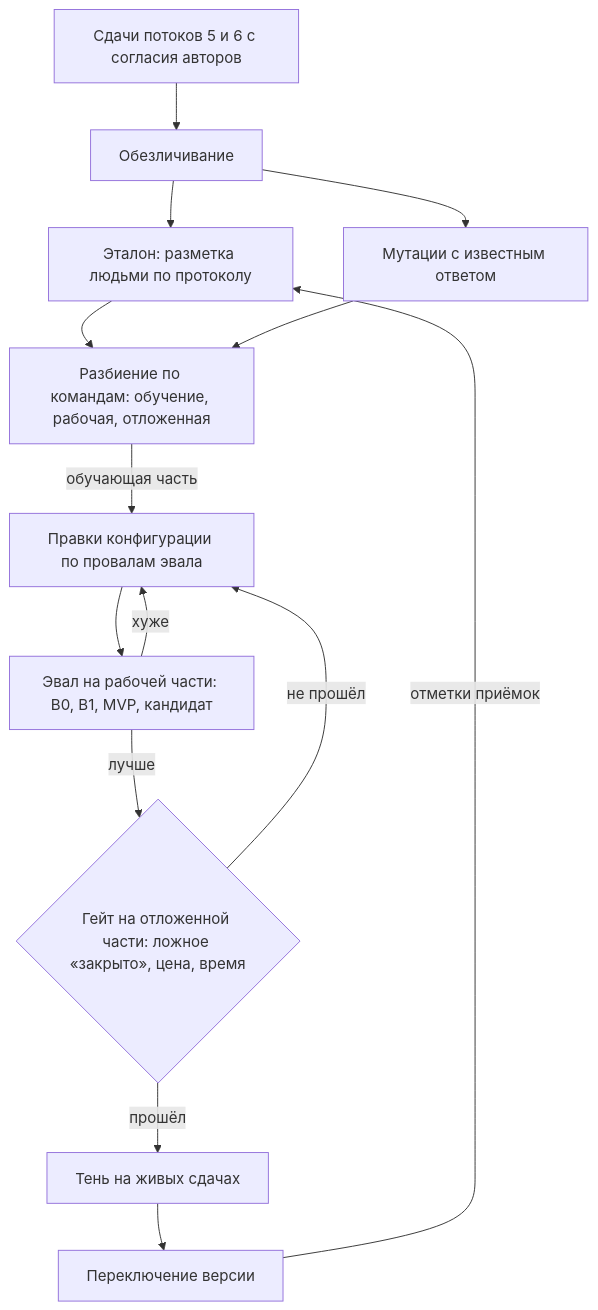
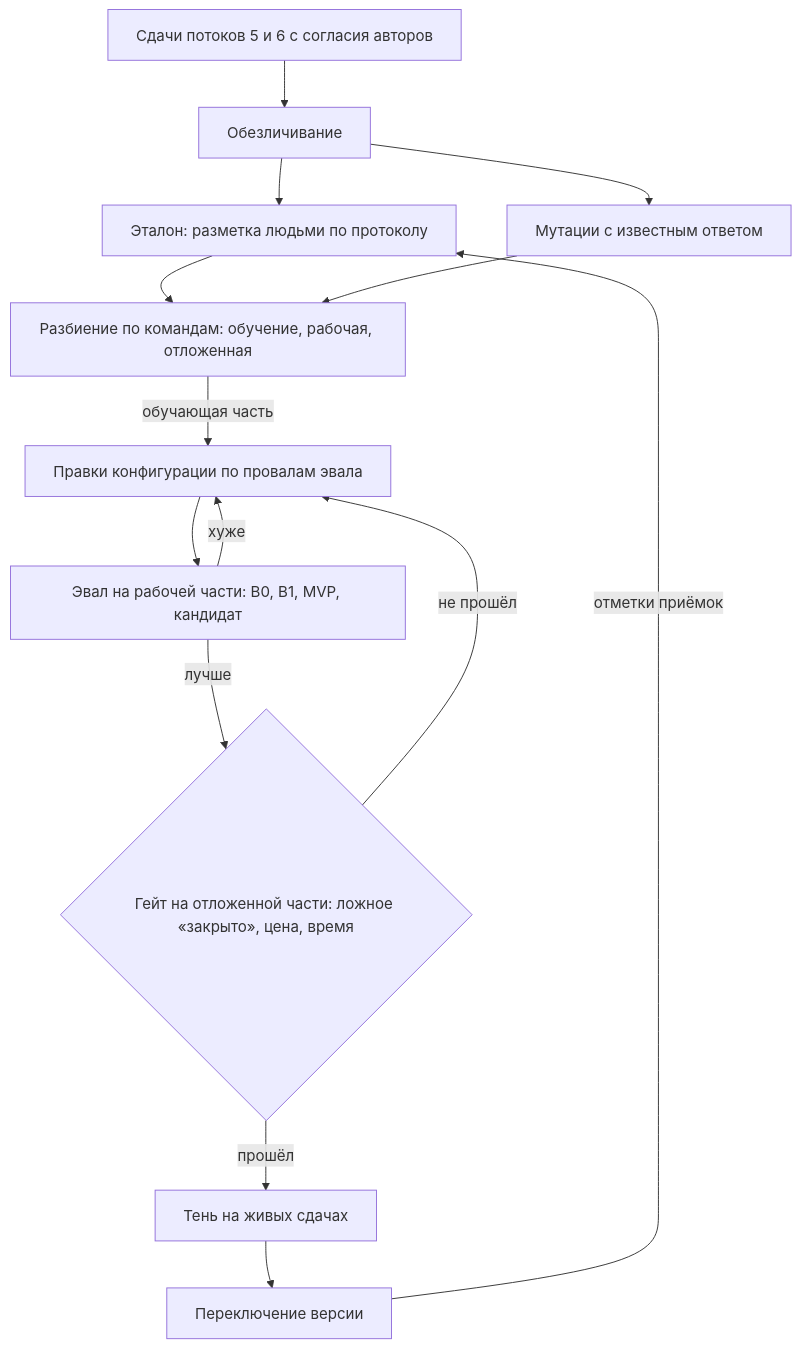
Before and after one commit to ChS23/mlsd-judge: the third of 3 diagrams in docs/ml_system_design_doc.md, drawn with Mermaid. The commit also changed other lines of this file, not shown here.

Commit message:
docs: шире подписи в схемах диздока

````diff
--- a/docs/ml_system_design_doc.md
+++ b/docs/ml_system_design_doc.md
@@ -312,17 +314,18 @@
 ```mermaid
+%%{init: {"flowchart": {"wrappingWidth": 360}}}%%
 flowchart TB
     LIVE[Сдачи потоков 5 и 6 с согласия авторов] --> ANON[Обезличивание]
     ANON --> GOLD[Эталон: разметка людьми по протоколу]
     ANON --> MUT[Мутации с известным ответом]
     GOLD --> SPLIT[Разбиение по командам: обучение, рабочая, отложенная]
     MUT --> SPLIT
 
     SPLIT -->|обучающая часть| TUNE[Правки конфигурации по провалам эвала]
     TUNE --> EVAL[Эвал на рабочей части: B0, B1, MVP, кандидат]
     EVAL -->|хуже| TUNE
     EVAL -->|лучше| GATE{Гейт на отложенной части: ложное «закрыто», цена, время}
     GATE -->|не прошёл| TUNE
     GATE -->|прошёл| SHADOW[Тень на живых сдачах]
     SHADOW --> SWITCH[Переключение версии]
     SWITCH -->|отметки приёмок| GOLD
 ```
````
